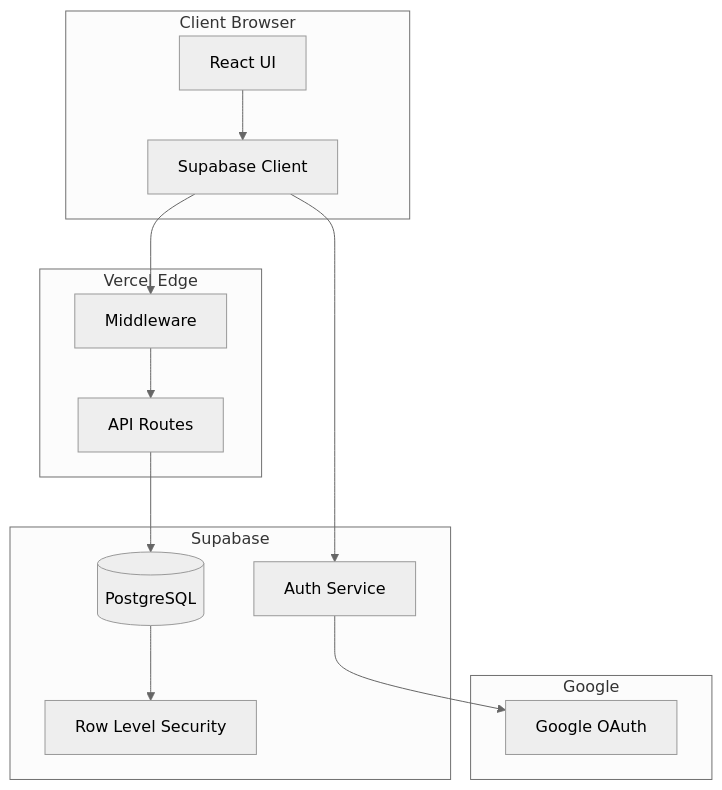
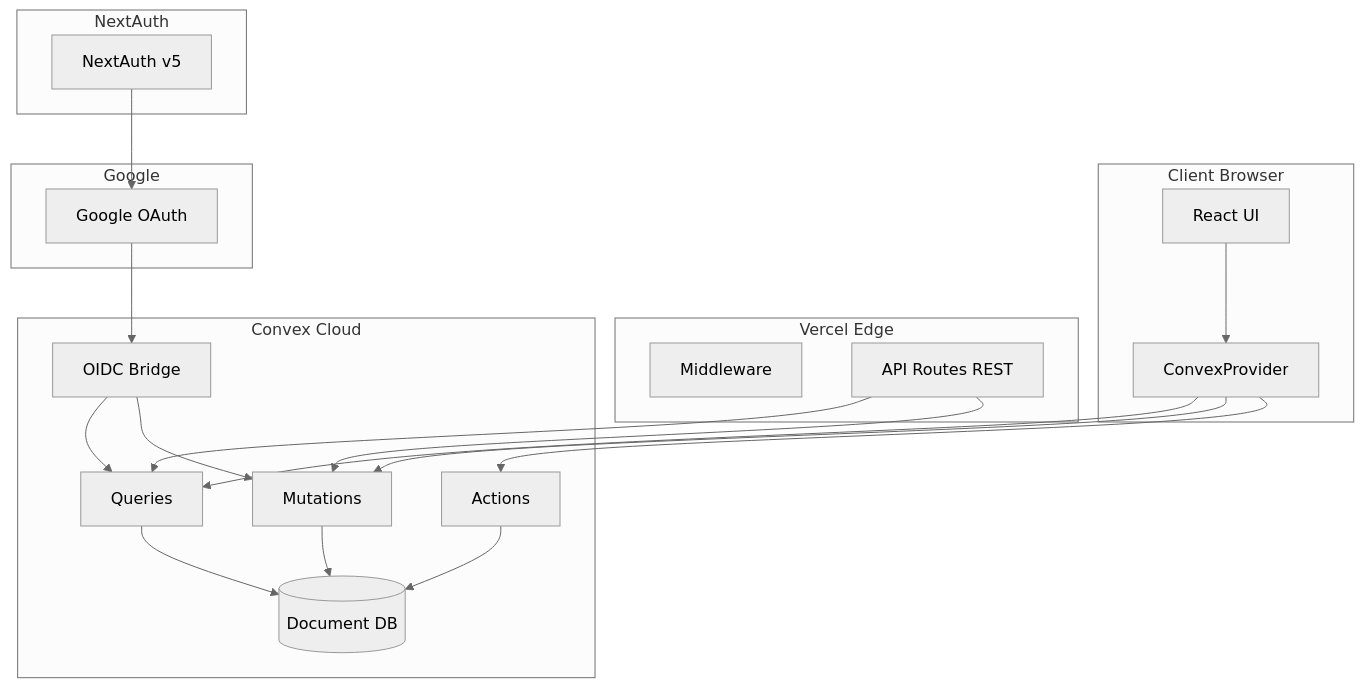
The diagram in docs/ARCHITECTURE.md (anthonybir/ipupy_tesoreria), drawn with Mermaid (neutral theme) before and after one commit. The commit also changed other lines of this file and 250 other files, not shown here.

First line of the commit message:
feat: complete Supabase to Convex migration with NextAuth v5 OIDC

````diff
--- a/docs/ARCHITECTURE.md
+++ b/docs/ARCHITECTURE.md
@@ -33,30 +34,45 @@
 ```mermaid
 graph TB
     subgraph "Client Browser"
         UI[React UI]
-        SC[Supabase Client]
+        CP[ConvexProvider]
     end
 
     subgraph "Vercel Edge"
         MW[Middleware]
-        API[API Routes]
+        API[API Routes REST]
     end
 
-    subgraph "Supabase"
-        AUTH[Auth Service]
-        DB[(PostgreSQL)]
-        RLS[Row Level Security]
+    subgraph "Convex Cloud"
+        QUERIES[Queries]
+        MUTATIONS[Mutations]
+        ACTIONS[Actions]
+        DB[(Document DB)]
+        OIDC[OIDC Bridge]
+    end
+
+    subgraph "NextAuth"
+        AUTH[NextAuth v5]
     end
 
     subgraph "Google"
         OAUTH[Google OAuth]
     end
 
-    UI --> SC
-    SC --> MW
-    MW --> API
-    API --> DB
-    SC --> AUTH
+    UI --> CP
+    CP --> QUERIES
+    CP --> MUTATIONS
+    CP --> ACTIONS
+
+    API --> QUERIES
+    API --> MUTATIONS
+
+    QUERIES --> DB
+    MUTATIONS --> DB
+    ACTIONS --> DB
+
     AUTH --> OAUTH
-    DB --> RLS
+    OAUTH --> OIDC
+    OIDC --> QUERIES
+    OIDC --> MUTATIONS
 ```
````
